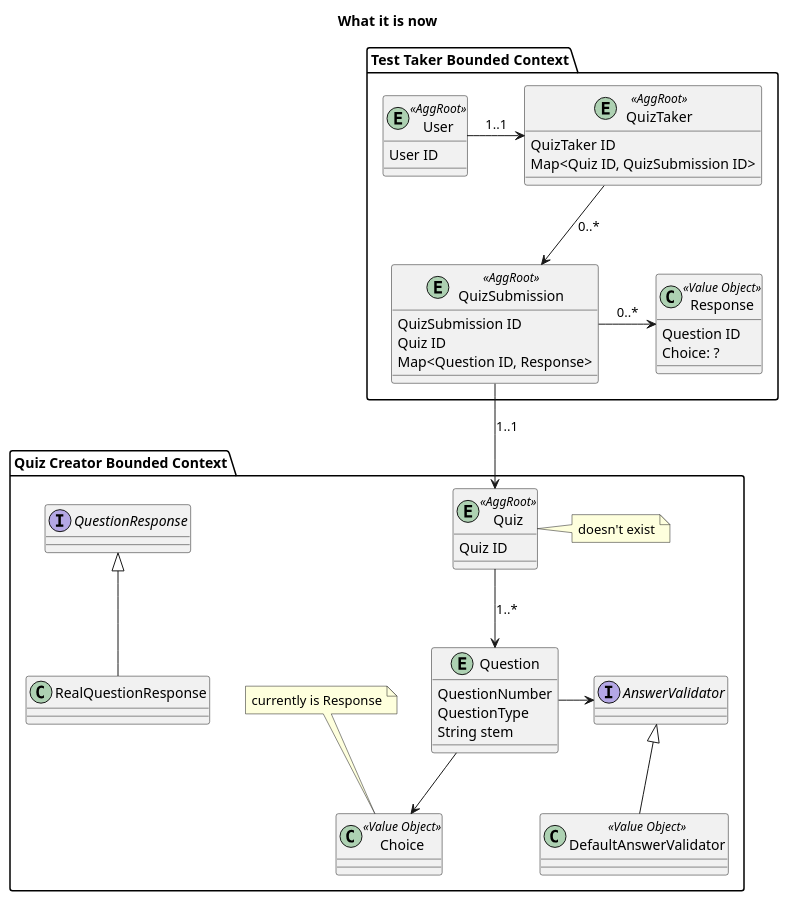
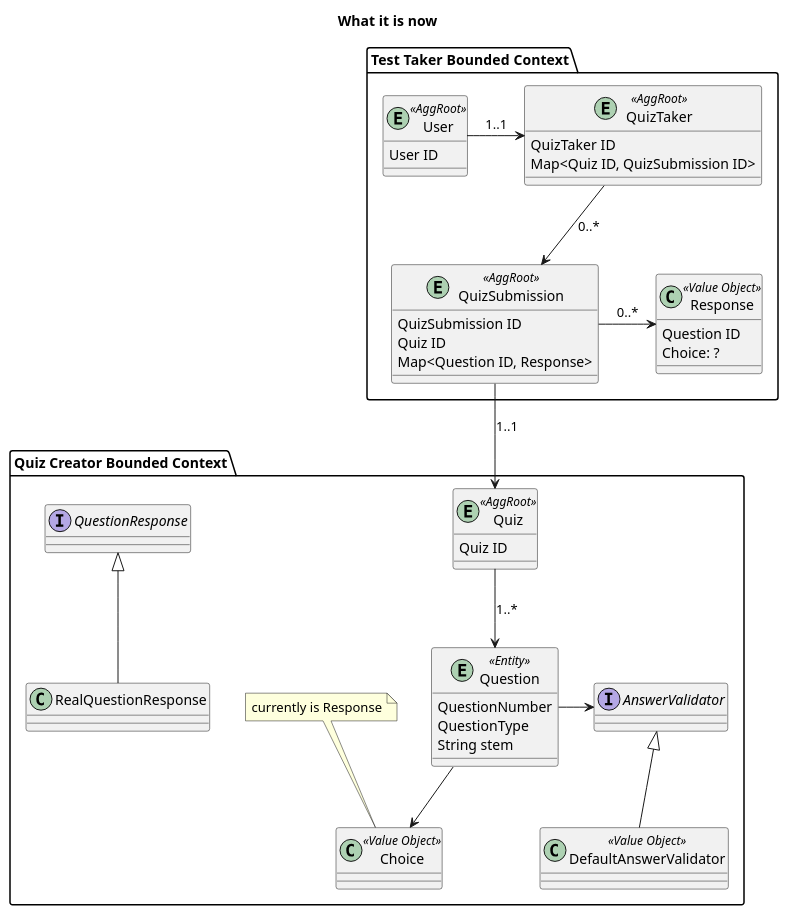
One commit to jitterted/quizdown changed the diagram in quiztaker-class.puml. Above: the diagram before and after it, drawn with PlantUML. The commit also changed 5 other files, not shown here.

```diff
--- a/quiztaker-class.puml
+++ b/quiztaker-class.puml
@@ -1,57 +1,56 @@
 @startuml
 title "What it is now"
 package "Quiz Creator Bounded Context" {
     entity Quiz <<AggRoot>> {
         Quiz ID
     }
 
     interface AnswerValidator
     class DefaultAnswerValidator <<Value Object>>
 
     AnswerValidator <|-- DefaultAnswerValidator
 
-    entity Question {
+    entity Question <<Entity>> {
         QuestionNumber
         QuestionType
         String stem
     }
     Question -> AnswerValidator
 
     Quiz --> Question: 1..*
-    note right of Quiz: doesn't exist
 
     class Choice <<Value Object>>
     note top of Choice: currently is Response
 
     Question --> Choice
 
     interface QuestionResponse
     QuestionResponse <|-- RealQuestionResponse
 }
 
 package "Test Taker Bounded Context" {
     entity User <<AggRoot>> {
         User ID
     }
     entity QuizTaker <<AggRoot>> {
         QuizTaker ID
         Map<Quiz ID, QuizSubmission ID>
     }
     entity QuizSubmission <<AggRoot>> {
         QuizSubmission ID
         Quiz ID
         Map<Question ID, Response>
     }
     class Response <<Value Object>> {
         Question ID
         Choice: ?
     }
 
     QuizSubmission --> Quiz: 1..1
     User -> QuizTaker : 1..1
     QuizTaker --> QuizSubmission : 0..*
     QuizSubmission -> Response : 0..*
 }
 
 
 @enduml
```
